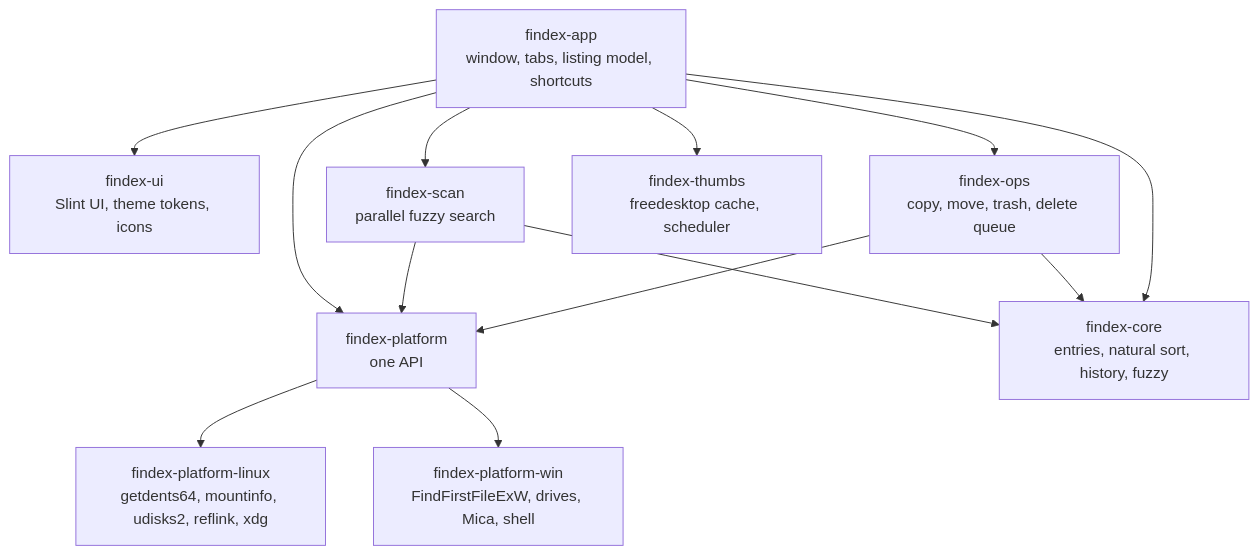
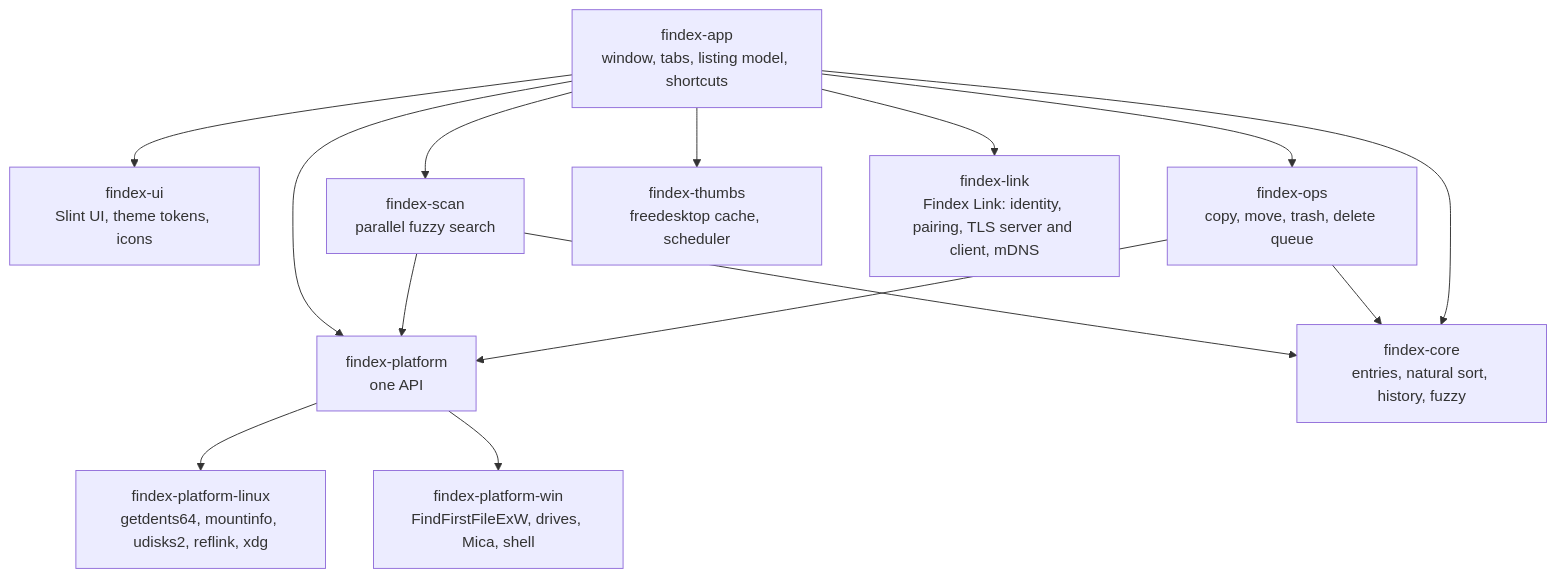
The diagram in README.md (aiyu-ayaan/Findex-Rust), drawn with Mermaid before and after one commit. The commit also changed other lines of this file and 4 other files, not shown here.

First line of the commit message:
docs(link): describe the Findex ecosystem and link the Android app

````diff
--- a/README.md
+++ b/README.md
@@ -107,11 +128,12 @@
 ```mermaid
 graph TD
     app["findex-app<br/>window, tabs, listing model, shortcuts"] --> ui["findex-ui<br/>Slint UI, theme tokens, icons"]
     app --> ops["findex-ops<br/>copy, move, trash, delete queue"]
     app --> scan["findex-scan<br/>parallel fuzzy search"]
     app --> thumbs["findex-thumbs<br/>freedesktop cache, scheduler"]
     ops & scan & app --> platform["findex-platform<br/>one API"]
     platform --> linux["findex-platform-linux<br/>getdents64, mountinfo, udisks2, reflink, xdg"]
     platform --> win["findex-platform-win<br/>FindFirstFileExW, drives, Mica, shell"]
     app & ops & scan --> core["findex-core<br/>entries, natural sort, history, fuzzy"]
+    app --> link["findex-link<br/>Findex Link: identity, pairing, TLS server and client, mDNS"]
 ```
````
